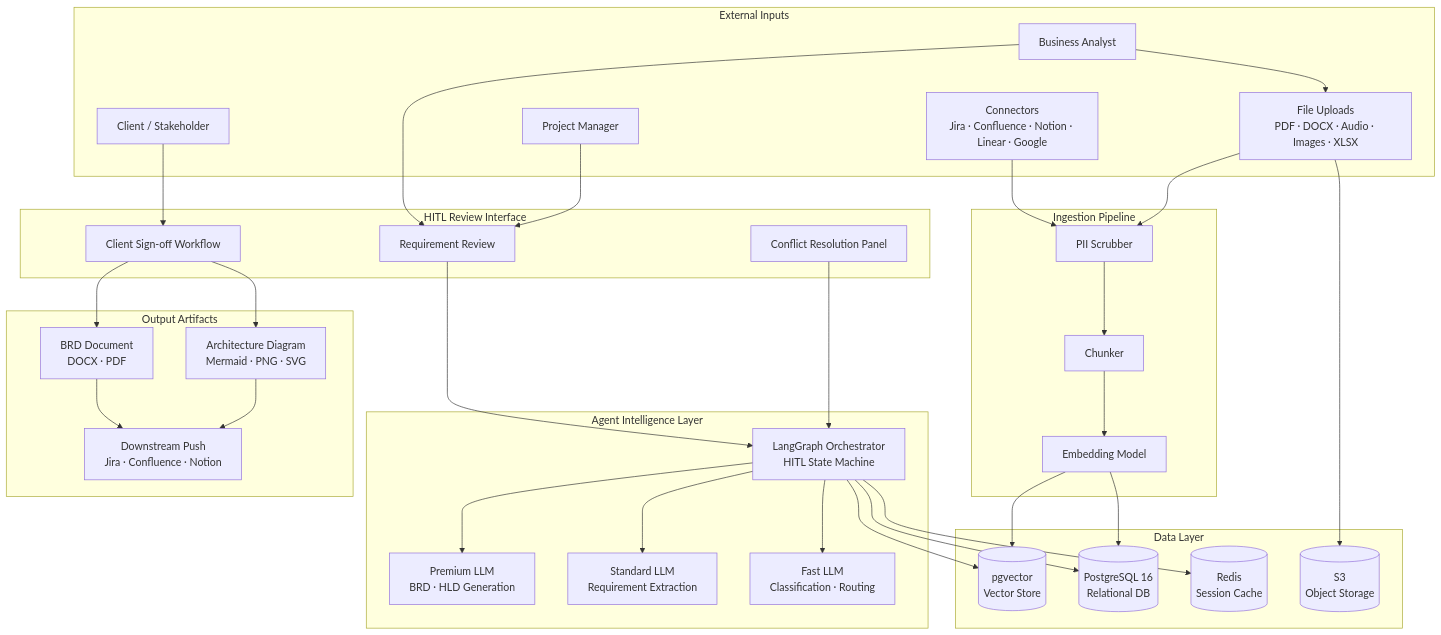
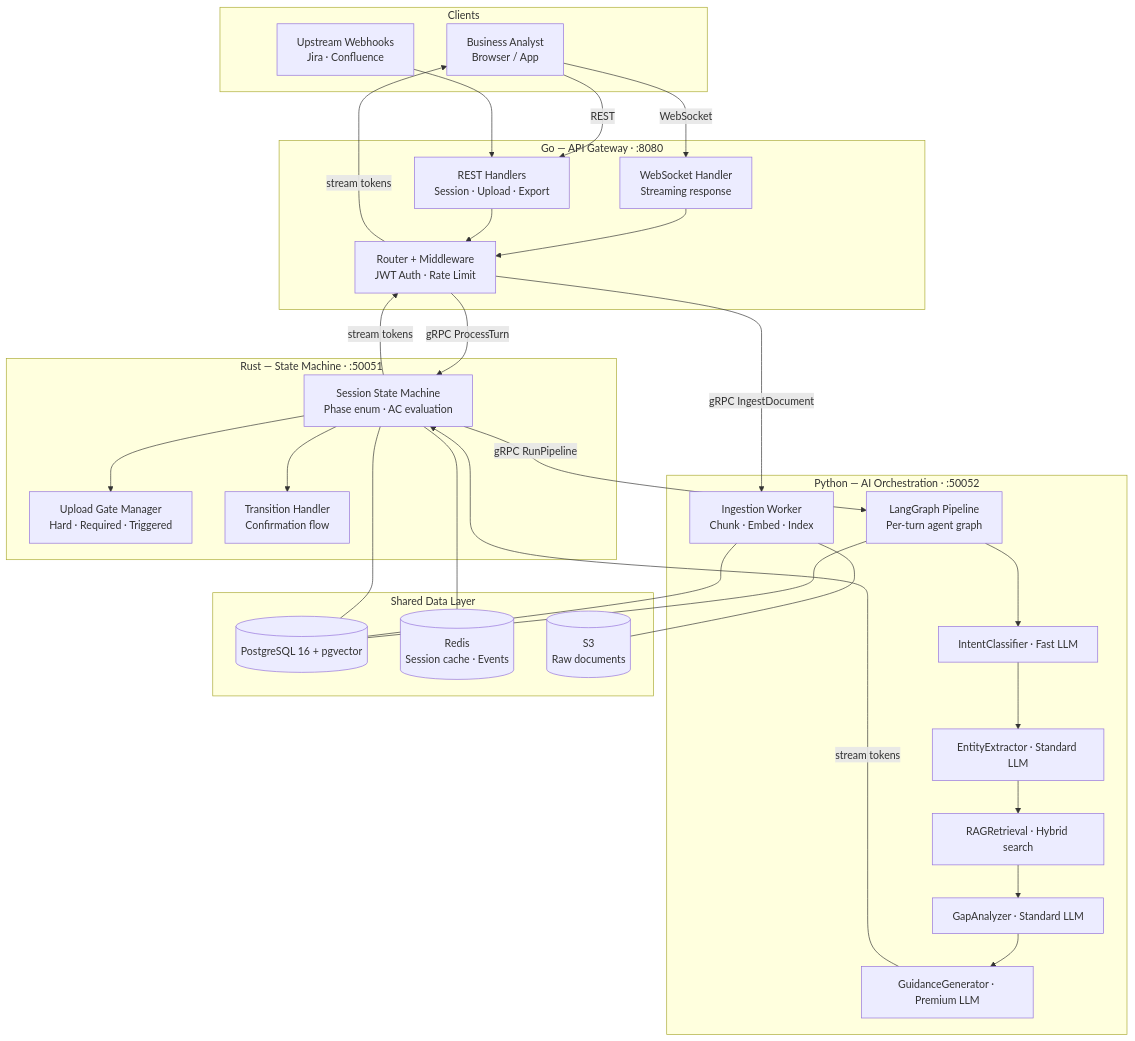
One commit to AABH-AI/chitragupt_AB changed the first of 3 diagrams in README.md. Above: the diagram before and after it, drawn with Mermaid. The commit also changed other lines of this file and 13 other files, not shown here.

````diff
--- a/README.md
+++ b/README.md
@@ -37,68 +49,55 @@
 ```mermaid
 graph TB
-    subgraph Inputs["External Inputs"]
-        BA[Business Analyst]
-        PM[Project Manager]
-        CLIENT[Client / Stakeholder]
-        CONN[Connectors\nJira · Confluence · Notion · Linear · Google]
-        FILE[File Uploads\nPDF · DOCX · Audio · Images · XLSX]
+    subgraph Clients["Clients"]
+        BA[Business Analyst\nBrowser / App]
+        WEBHOOK[Upstream Webhooks\nJira · Confluence]
     end
 
-    subgraph Ingestion["Ingestion Pipeline"]
-        PII[PII Scrubber]
-        CHUNK[Chunker]
-        EMBED[Embedding Model]
+    subgraph Go["Go — API Gateway · :8080"]
+        GW[Router + Middleware\nJWT Auth · Rate Limit]
+        WSH[WebSocket Handler\nStreaming response]
+        REST[REST Handlers\nSession · Upload · Export]
     end
 
-    subgraph Agents["Agent Intelligence Layer"]
-        ORCH[LangGraph Orchestrator\nHITL State Machine]
-        LLM_P[Premium LLM\nBRD · HLD Generation]
-        LLM_S[Standard LLM\nRequirement Extraction]
-        LLM_F[Fast LLM\nClassification · Routing]
+    subgraph Rust["Rust — State Machine · :50051"]
+        SM[Session State Machine\nPhase enum · AC evaluation]
+        GATE[Upload Gate Manager\nHard · Required · Triggered]
+        TRANS[Transition Handler\nConfirmation flow]
     end
 
-    subgraph DataLayer["Data Layer"]
-        VSTORE[(pgvector\nVector Store)]
-        RELDB[(PostgreSQL 16\nRelational DB)]
-        CACHE[(Redis\nSession Cache)]
-        OBJ[(S3\nObject Storage)]
+    subgraph Python["Python — AI Orchestration · :50052"]
+        LG[LangGraph Pipeline\nPer-turn agent graph]
+        IC[IntentClassifier · Fast LLM]
+        EE[EntityExtractor · Standard LLM]
+        RAG[RAGRetrieval · Hybrid search]
+        GA[GapAnalyzer · Standard LLM]
+        GG[GuidanceGenerator · Premium LLM]
+        ING[Ingestion Worker\nChunk · Embed · Index]
     end
 
-    subgraph HITLLayer["HITL Review Interface"]
-        REVIEW[Requirement Review]
-        CONFLICT[Conflict Resolution Panel]
-        SIGNOFF[Client Sign-off Workflow]
+    subgraph Data["Shared Data Layer"]
+        PG[(PostgreSQL 16 + pgvector)]
+        REDIS[(Redis\nSession cache · Events)]
+        S3[(S3\nRaw documents)]
     end
 
-    subgraph Outputs["Output Artifacts"]
-        BRD[BRD Document\nDOCX · PDF]
-        HLD[Architecture Diagram\nMermaid · PNG · SVG]
-        PUSH[Downstream Push\nJira · Confluence · Notion]
-    end
-
-    BA --> FILE
-    BA --> REVIEW
-    PM --> REVIEW
-    CLIENT --> SIGNOFF
-    CONN --> PII
-    FILE --> PII
-    PII --> CHUNK
-    CHUNK --> EMBED
-    EMBED --> VSTORE
-    EMBED --> RELDB
-    FILE --> OBJ
-
-    ORCH --> LLM_P
-    ORCH --> LLM_S
-    ORCH --> LLM_F
-    ORCH --> VSTORE
-    ORCH --> RELDB
-    ORCH --> CACHE
-
-    REVIEW --> ORCH
-    CONFLICT --> ORCH
-    SIGNOFF --> BRD
-    SIGNOFF --> HLD
-    BRD --> PUSH
-    HLD --> PUSH
+    BA -->|WebSocket| WSH
+    BA -->|REST| REST
+    WEBHOOK --> REST
+    WSH --> GW
+    REST --> GW
+    GW -->|gRPC ProcessTurn| SM
+    GW -->|gRPC IngestDocument| ING
+    SM --> GATE
+    SM --> TRANS
+    SM -->|gRPC RunPipeline| LG
+    LG --> IC --> EE --> RAG --> GA --> GG
+    GG -->|stream tokens| SM
+    SM -->|stream tokens| GW
+    GW -->|stream tokens| BA
+    SM --- PG
+    SM --- REDIS
+    LG --- PG
+    ING --- PG
+    ING --- S3
 ```
````
